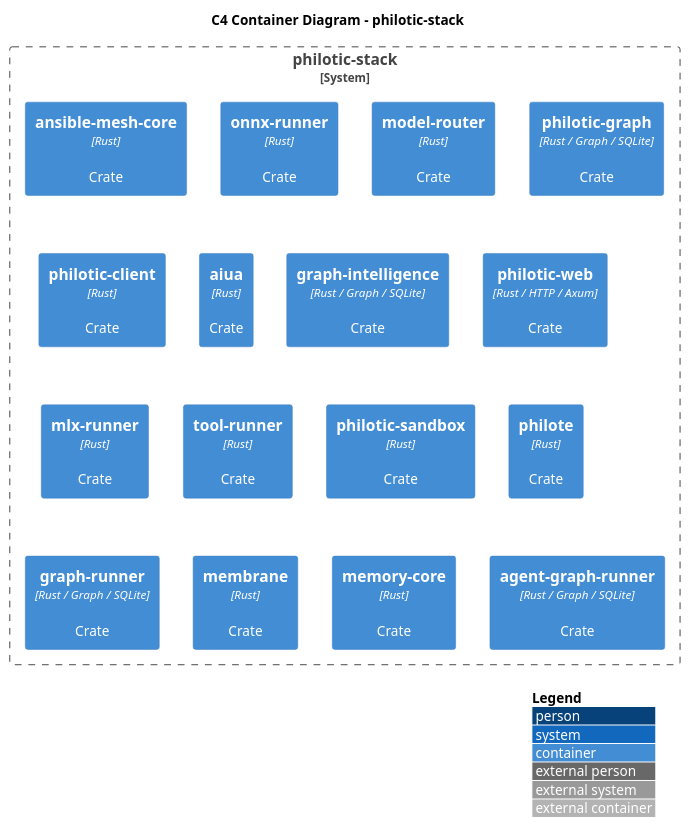
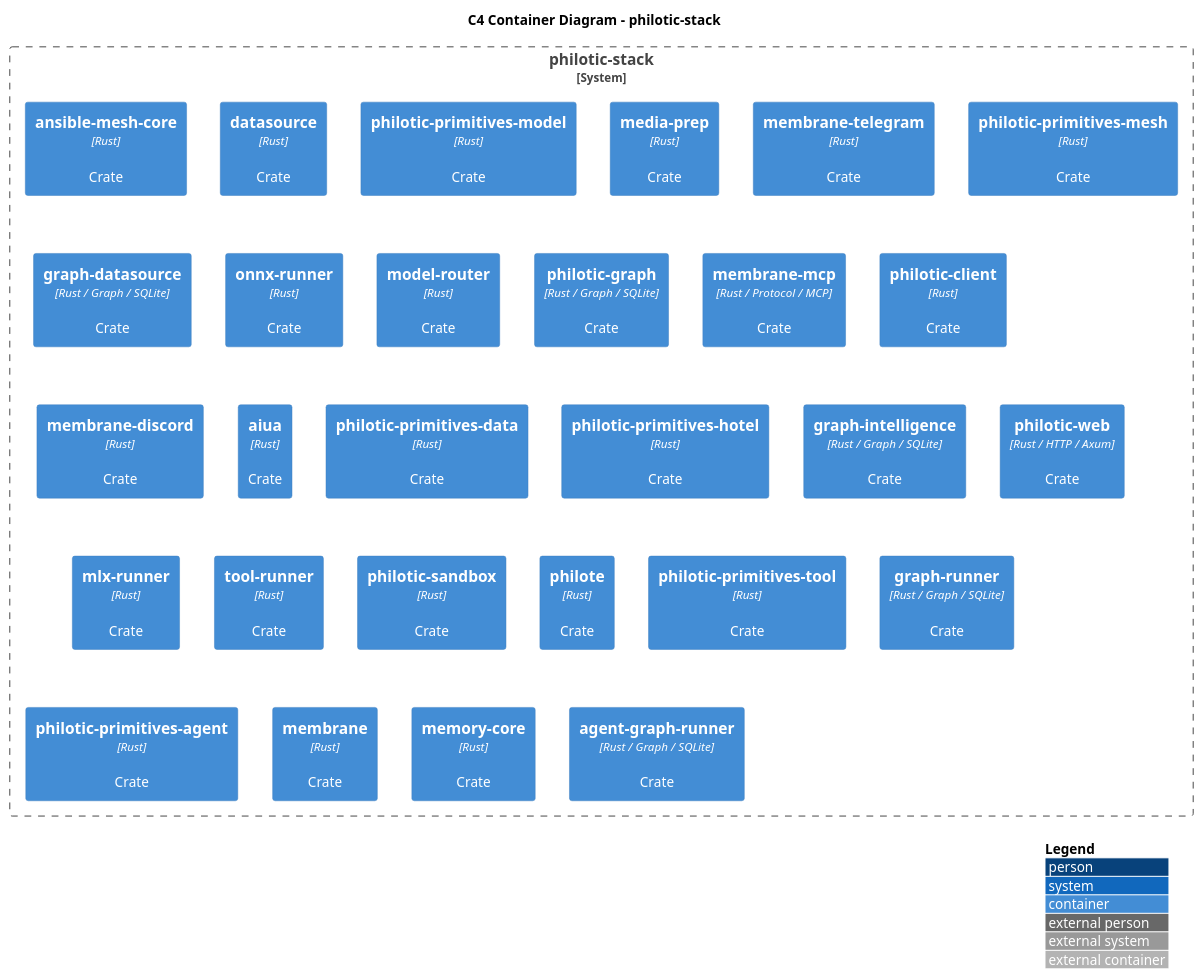
The diagram in docs/architecture/generated/c4-container.puml (likesjx/philotic-stack), drawn with PlantUML before and after one commit. The commit also changed 243 other files, not shown here.

First line of the commit message:
feat(aiua): backbone_peers config + peer hotel seeding + bash.exec tool + service hardening

```diff
--- a/docs/architecture/generated/c4-container.puml
+++ b/docs/architecture/generated/c4-container.puml
@@ -1,28 +1,40 @@
 @startuml
 !include https://raw.githubusercontent.com/plantuml-stdlib/C4-PlantUML/master/C4_Container.puml
 
 LAYOUT_WITH_LEGEND()
 
 title C4 Container Diagram - philotic-stack
 
 System_Boundary(philotic_stack, "philotic-stack") {
     Container(ansible_mesh_core, "ansible-mesh-core", "Rust", "Crate")
+    Container(datasource, "datasource", "Rust", "Crate")
+    Container(philotic_primitives_model, "philotic-primitives-model", "Rust", "Crate")
+    Container(media_prep, "media-prep", "Rust", "Crate")
+    Container(membrane_telegram, "membrane-telegram", "Rust", "Crate")
+    Container(philotic_primitives_mesh, "philotic-primitives-mesh", "Rust", "Crate")
+    Container(graph_datasource, "graph-datasource", "Rust / Graph / SQLite", "Crate")
     Container(onnx_runner, "onnx-runner", "Rust", "Crate")
     Container(model_router, "model-router", "Rust", "Crate")
     Container(philotic_graph, "philotic-graph", "Rust / Graph / SQLite", "Crate")
+    Container(membrane_mcp, "membrane-mcp", "Rust / Protocol / MCP", "Crate")
     Container(philotic_client, "philotic-client", "Rust", "Crate")
+    Container(membrane_discord, "membrane-discord", "Rust", "Crate")
     Container(aiua, "aiua", "Rust", "Crate")
+    Container(philotic_primitives_data, "philotic-primitives-data", "Rust", "Crate")
+    Container(philotic_primitives_hotel, "philotic-primitives-hotel", "Rust", "Crate")
     Container(graph_intelligence, "graph-intelligence", "Rust / Graph / SQLite", "Crate")
     Container(philotic_web, "philotic-web", "Rust / HTTP / Axum", "Crate")
     Container(mlx_runner, "mlx-runner", "Rust", "Crate")
     Container(tool_runner, "tool-runner", "Rust", "Crate")
     Container(philotic_sandbox, "philotic-sandbox", "Rust", "Crate")
     Container(philote, "philote", "Rust", "Crate")
+    Container(philotic_primitives_tool, "philotic-primitives-tool", "Rust", "Crate")
     Container(graph_runner, "graph-runner", "Rust / Graph / SQLite", "Crate")
+    Container(philotic_primitives_agent, "philotic-primitives-agent", "Rust", "Crate")
     Container(membrane, "membrane", "Rust", "Crate")
     Container(memory_core, "memory-core", "Rust", "Crate")
     Container(agent_graph_runner, "agent-graph-runner", "Rust / Graph / SQLite", "Crate")
 }
 
 
 @enduml
```
